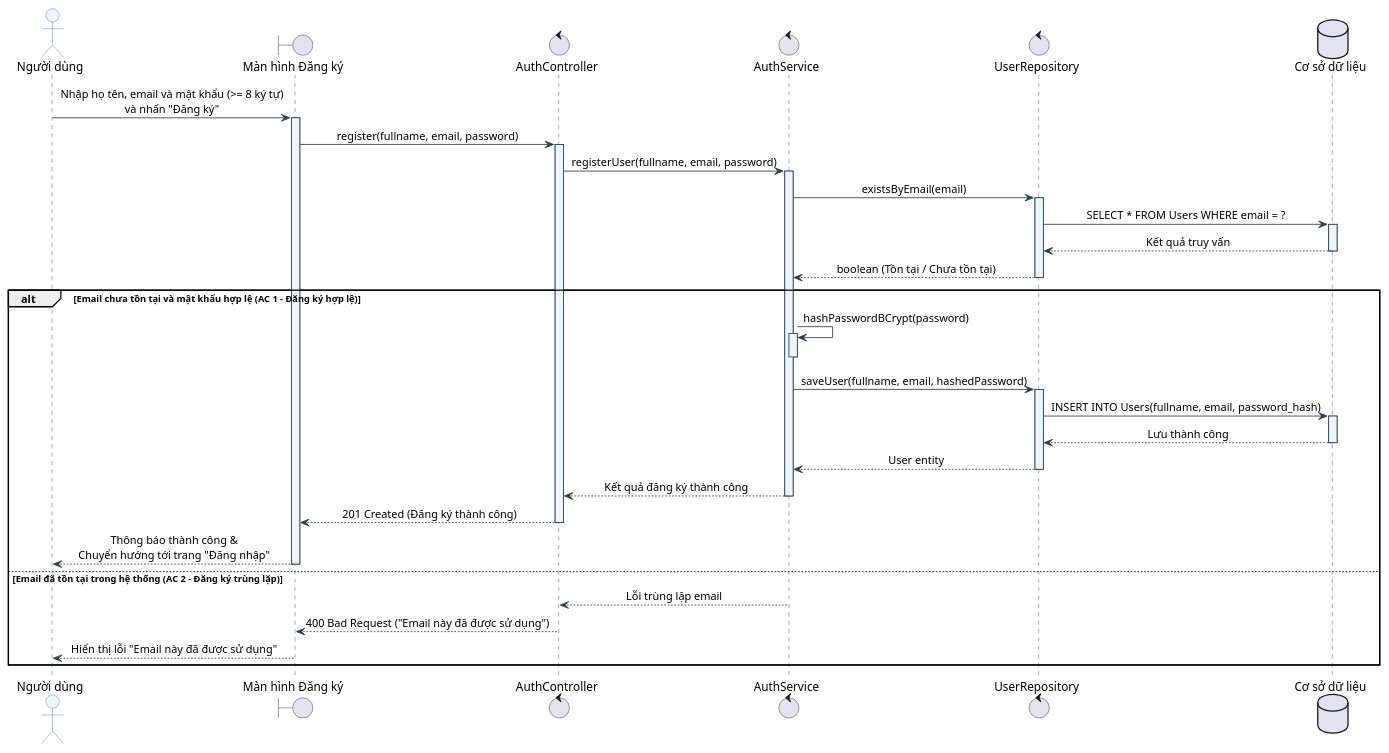
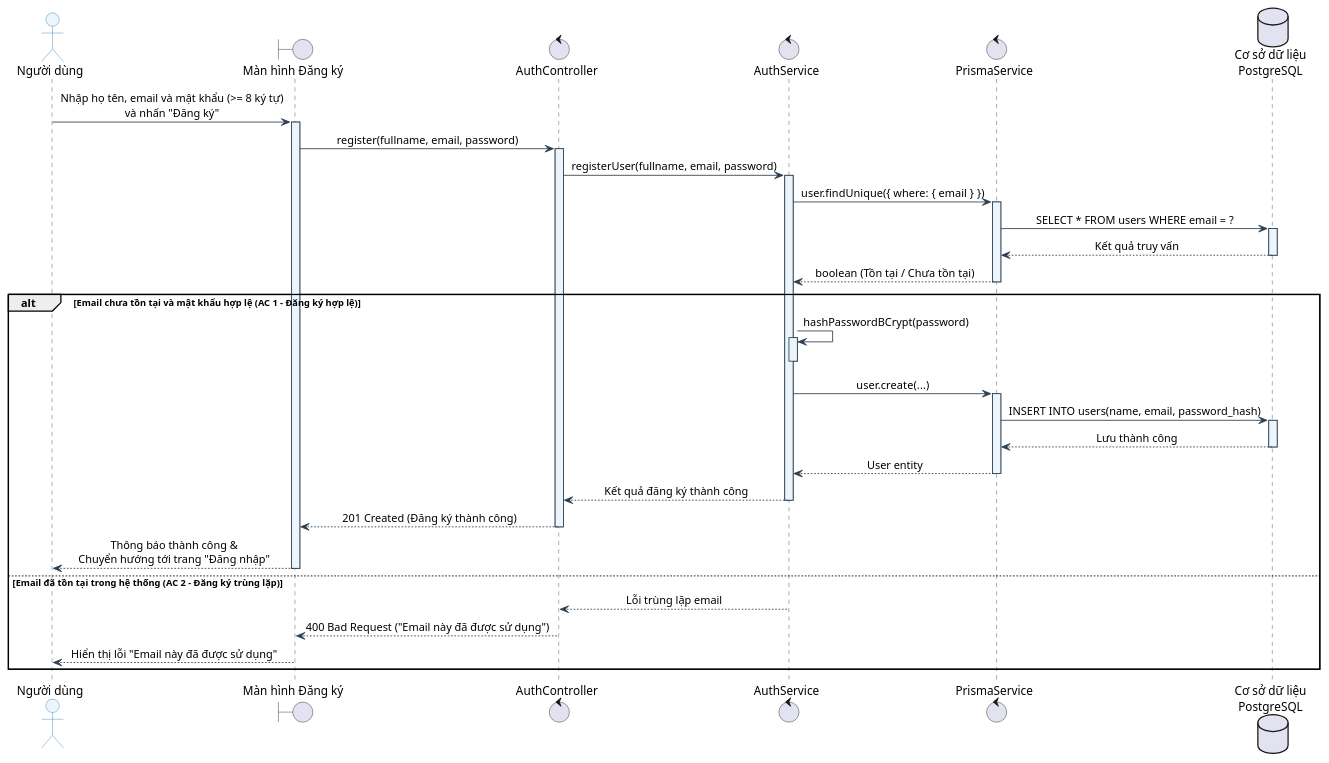
One commit to Phuc280106/BrewLite2 changed the diagram in docs/diagrams/auth/sequence-auth-register.puml. Above: the diagram before and after it, drawn with PlantUML. The commit also changed 5 other files, not shown here.

Commit message:
docs(diagrams): cap nhat usecase va sequence cho cac phan he theo gop y review

```diff
--- a/docs/diagrams/auth/sequence-auth-register.puml
+++ b/docs/diagrams/auth/sequence-auth-register.puml
@@ -1,53 +1,53 @@
 @startuml
 
 skinparam backgroundColor white
 skinparam sequence {
     ArrowColor #2C3E50
     LifeLineBorderColor #2C3E50
     LifeLineBorderThickness 1.5
     LifeLineBackgroundColor #EBF5FB
     ParticipantBorderColor #2980B9
     ParticipantBackgroundColor #EBF5FB
     ParticipantFontColor #1B4F72
     ActorBorderColor #2980B9
     ActorBackgroundColor #EBF5FB
     BoxBorderColor #2C3E50
     BoxBackgroundColor #FFFFFF
     MessageAlign center
     ResponseMessageBelowArrow true
 }
 
 autoactivate on
 
 actor "Người dùng" as User
 boundary "Màn hình Đăng ký" as RegisterUI
 control "AuthController" as Controller
 control "AuthService" as Service
-control "UserRepository" as Repo
-database "Cơ sở dữ liệu" as DB
+control "PrismaService" as Prisma
+database "Cơ sở dữ liệu\nPostgreSQL" as DB
 
 User -> RegisterUI : Nhập họ tên, email và mật khẩu (>= 8 ký tự)\nvà nhấn "Đăng ký"
 RegisterUI -> Controller : register(fullname, email, password)
 Controller -> Service : registerUser(fullname, email, password)
-Service -> Repo : existsByEmail(email)
-Repo -> DB : SELECT * FROM Users WHERE email = ?
-DB --> Repo : Kết quả truy vấn
-Repo --> Service : boolean (Tồn tại / Chưa tồn tại)
+Service -> Prisma : user.findUnique({ where: { email } })
+Prisma -> DB : SELECT * FROM users WHERE email = ?
+DB --> Prisma : Kết quả truy vấn
+Prisma --> Service : boolean (Tồn tại / Chưa tồn tại)
 
 alt Email chưa tồn tại và mật khẩu hợp lệ (AC 1 - Đăng ký hợp lệ)
     Service -> Service : hashPasswordBCrypt(password)
     deactivate Service
-    Service -> Repo : saveUser(fullname, email, hashedPassword)
-    Repo -> DB : INSERT INTO Users(fullname, email, password_hash)
-    DB --> Repo : Lưu thành công
-    Repo --> Service : User entity
+    Service -> Prisma : user.create(...)
+    Prisma -> DB : INSERT INTO users(name, email, password_hash)
+    DB --> Prisma : Lưu thành công
+    Prisma --> Service : User entity
     Service --> Controller : Kết quả đăng ký thành công
     Controller --> RegisterUI : 201 Created (Đăng ký thành công)
     RegisterUI --> User : Thông báo thành công &\nChuyển hướng tới trang "Đăng nhập"
 else Email đã tồn tại trong hệ thống (AC 2 - Đăng ký trùng lặp)
     Service --> Controller : Lỗi trùng lặp email
     Controller --> RegisterUI : 400 Bad Request ("Email này đã được sử dụng")
     RegisterUI --> User : Hiển thị lỗi "Email này đã được sử dụng"
 end
 
 @enduml
```
